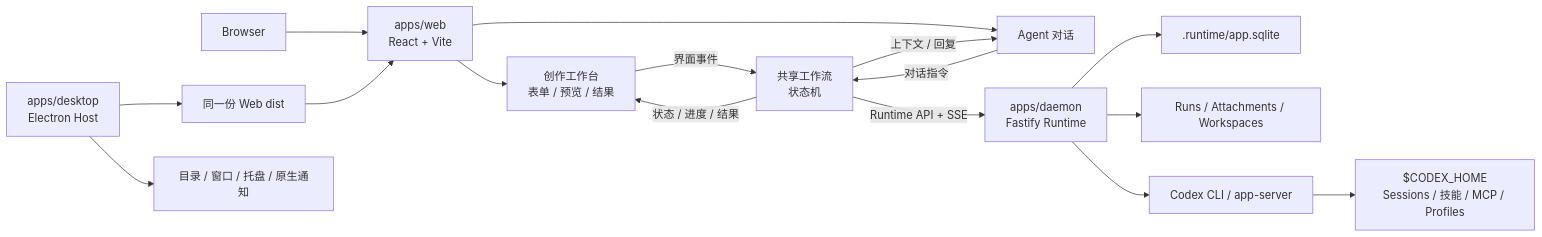
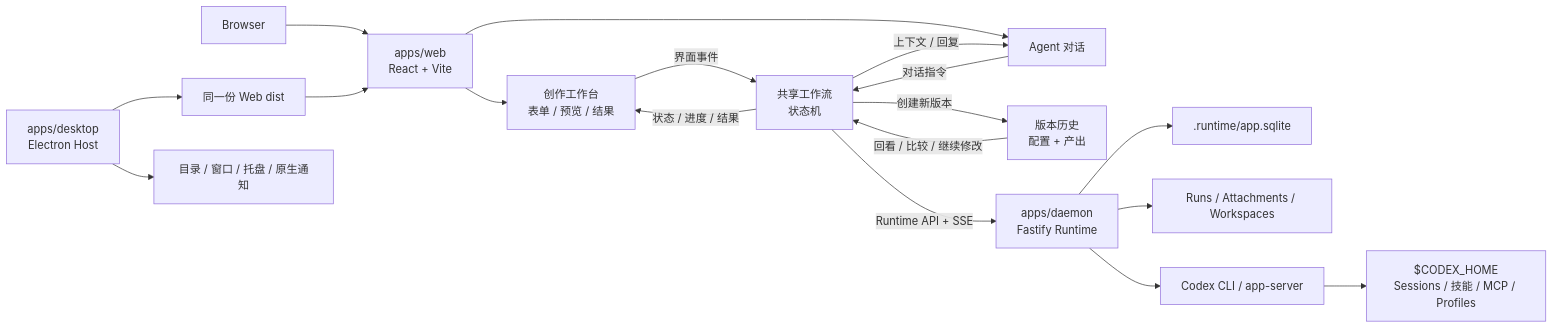
One commit to krillinai/OpenCreator changed the diagram in docs/zh/README.md. Above: the diagram before and after it, drawn with Mermaid. The commit also changed other lines of this file and 1 other file, not shown here.

````diff
--- a/docs/zh/README.md
+++ b/docs/zh/README.md
@@ -239,18 +242,20 @@
 ```mermaid
 flowchart LR
     Browser["Browser"] --> Web["apps/web<br/>React + Vite"]
     Desktop["apps/desktop<br/>Electron Host"] --> WebBuild["同一份 Web dist"]
     WebBuild --> Web
     Desktop --> Native["目录 / 窗口 / 托盘 / 原生通知"]
     Web --> Workspace["创作工作台<br/>表单 / 预览 / 结果"]
     Web --> Conversation["Agent 对话"]
     Workspace -->|"界面事件"| StateMachine["共享工作流<br/>状态机"]
     Conversation -->|"对话指令"| StateMachine
     StateMachine -->|"状态 / 进度 / 结果"| Workspace
     StateMachine -->|"上下文 / 回复"| Conversation
+    StateMachine -->|"创建新版本"| Versions["版本历史<br/>配置 + 产出"]
+    Versions -->|"回看 / 比较 / 继续修改"| StateMachine
     StateMachine -->|"Runtime API + SSE"| Daemon["apps/daemon<br/>Fastify Runtime"]
     Daemon --> DB[".runtime/app.sqlite"]
     Daemon --> Files["Runs / Attachments / Workspaces"]
     Daemon --> Codex["Codex CLI / app-server"]
     Codex --> CodexHome["$CODEX_HOME<br/>Sessions / 技能 / MCP / Profiles"]
 ```
````
